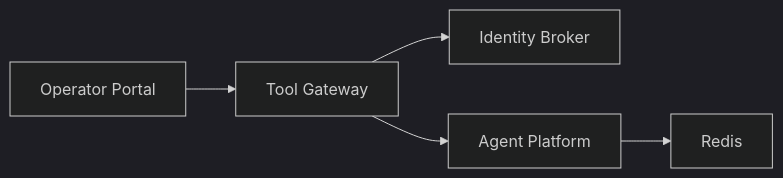
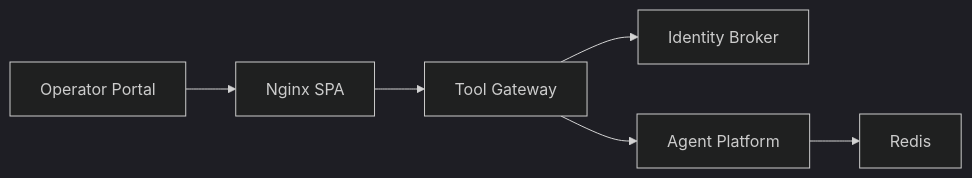
The fourth of 4 diagrams in .qoder/repowiki/en/content/Architecture Documentation/Deployment Topology & Infrastructure.md (metasync/luban-aiops), drawn with Mermaid (dark theme) before and after one commit. The commit also changed other lines of this file and 51 other files, not shown here.

````diff
--- a/.qoder/repowiki/en/content/Architecture Documentation/Deployment Topology & Infrastructure.md
+++ b/.qoder/repowiki/en/content/Architecture Documentation/Deployment Topology & Infrastructure.md
@@ -365,7 +404,8 @@
 ```mermaid
 graph LR
 GW["Tool Gateway"] --> IDB["Identity Broker"]
 GW --> AGP["Agent Platform"]
 AGP --> REDIS["Redis"]
-OPS["Operator Portal"] --> GW
+OPS["Operator Portal"] --> NGINX["Nginx SPA"]
+NGINX --> GW
 ```
````
